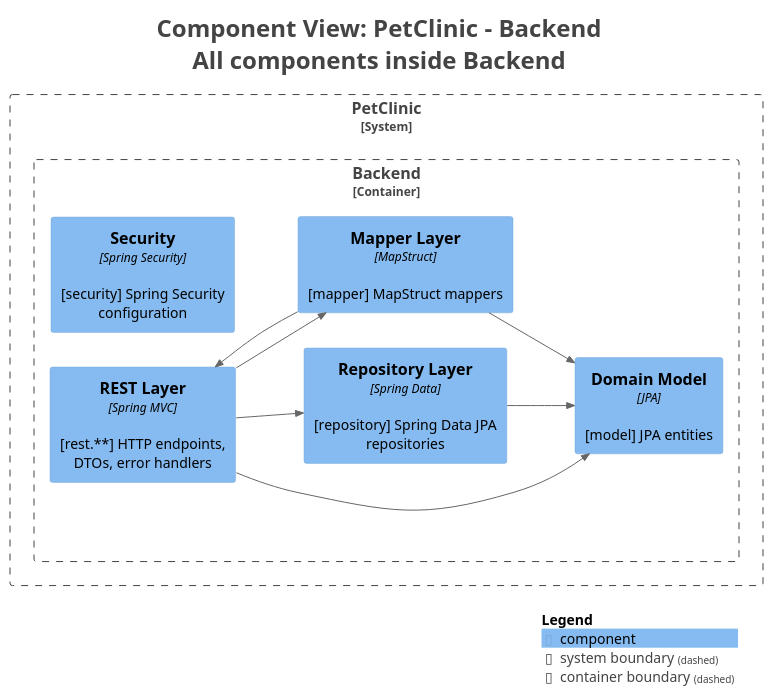
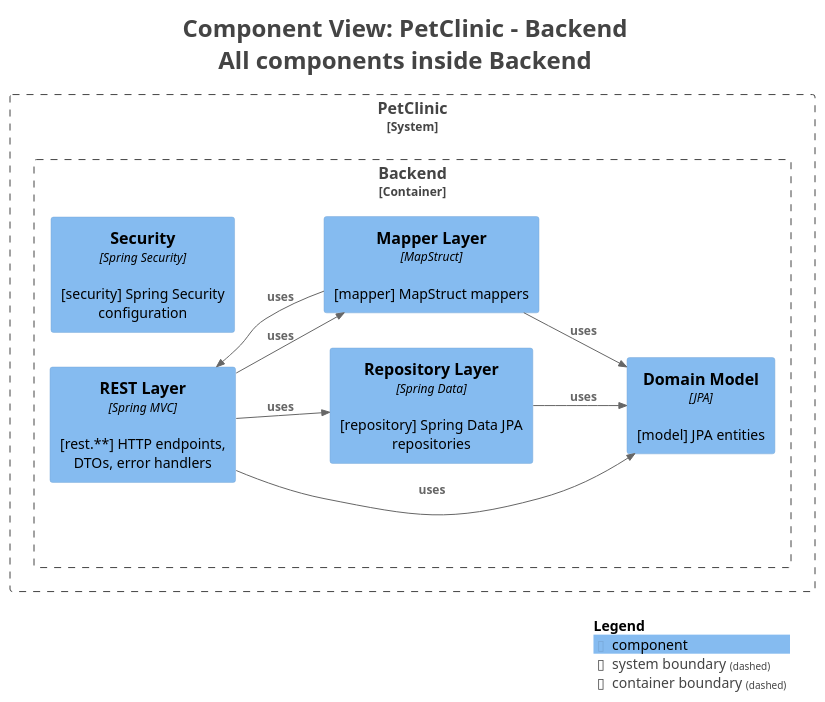
One commit to victorrentea/petclinic changed the diagram in petclinic-backend/docs/generated/c4views/C3-Components-All.puml. Above: the diagram before and after it, drawn with PlantUML. The commit also changed 47 other files, not shown here.

```diff
--- a/petclinic-backend/docs/generated/c4views/C3-Components-All.puml
+++ b/petclinic-backend/docs/generated/c4views/C3-Components-All.puml
@@ -1,38 +1,38 @@
 @startuml
 title <size:24>Component View: PetClinic - Backend</size>\n<size:24>All components inside Backend</size>
 
 set separator none
 left to right direction
 
 <style>
   root {
     BackgroundColor: #ffffff
     FontColor: #444444
   }
 </style>
 
 !include <C4/C4>
 !include <C4/C4_Context>
 !include <C4/C4_Component>
 
 System_Boundary("PetClinic_boundary", "PetClinic", $tags="") {
   Container_Boundary("PetClinic.Backend_boundary", "Backend", $tags="") {
     Component(PetClinic.Backend.Security, "Security", $techn="Spring Security", $descr="[security] Spring Security configuration", $tags="", $link="")
     Component(PetClinic.Backend.RESTLayer, "REST Layer", $techn="Spring MVC", $descr="[rest.**] HTTP endpoints, DTOs, error handlers", $tags="", $link="")
     Component(PetClinic.Backend.DomainModel, "Domain Model", $techn="JPA", $descr="[model] JPA entities", $tags="", $link="")
     Component(PetClinic.Backend.RepositoryLayer, "Repository Layer", $techn="Spring Data", $descr="[repository] Spring Data JPA repositories", $tags="", $link="")
     Component(PetClinic.Backend.MapperLayer, "Mapper Layer", $techn="MapStruct", $descr="[mapper] MapStruct mappers", $tags="", $link="")
   }
 
 }
 
-Rel(PetClinic.Backend.RESTLayer, PetClinic.Backend.MapperLayer, "", $techn="", $tags="", $link="")
-Rel(PetClinic.Backend.RESTLayer, PetClinic.Backend.DomainModel, "", $techn="", $tags="", $link="")
-Rel(PetClinic.Backend.RESTLayer, PetClinic.Backend.RepositoryLayer, "", $techn="", $tags="", $link="")
-Rel(PetClinic.Backend.MapperLayer, PetClinic.Backend.RESTLayer, "", $techn="", $tags="", $link="")
-Rel(PetClinic.Backend.MapperLayer, PetClinic.Backend.DomainModel, "", $techn="", $tags="", $link="")
-Rel(PetClinic.Backend.RepositoryLayer, PetClinic.Backend.DomainModel, "", $techn="", $tags="", $link="")
+Rel(PetClinic.Backend.RESTLayer, PetClinic.Backend.MapperLayer, "uses", $techn="", $tags="", $link="")
+Rel(PetClinic.Backend.RESTLayer, PetClinic.Backend.DomainModel, "uses", $techn="", $tags="", $link="")
+Rel(PetClinic.Backend.RESTLayer, PetClinic.Backend.RepositoryLayer, "uses", $techn="", $tags="", $link="")
+Rel(PetClinic.Backend.MapperLayer, PetClinic.Backend.RESTLayer, "uses", $techn="", $tags="", $link="")
+Rel(PetClinic.Backend.MapperLayer, PetClinic.Backend.DomainModel, "uses", $techn="", $tags="", $link="")
+Rel(PetClinic.Backend.RepositoryLayer, PetClinic.Backend.DomainModel, "uses", $techn="", $tags="", $link="")
 
 SHOW_LEGEND(true)
 hide stereotypes
 @enduml
```
